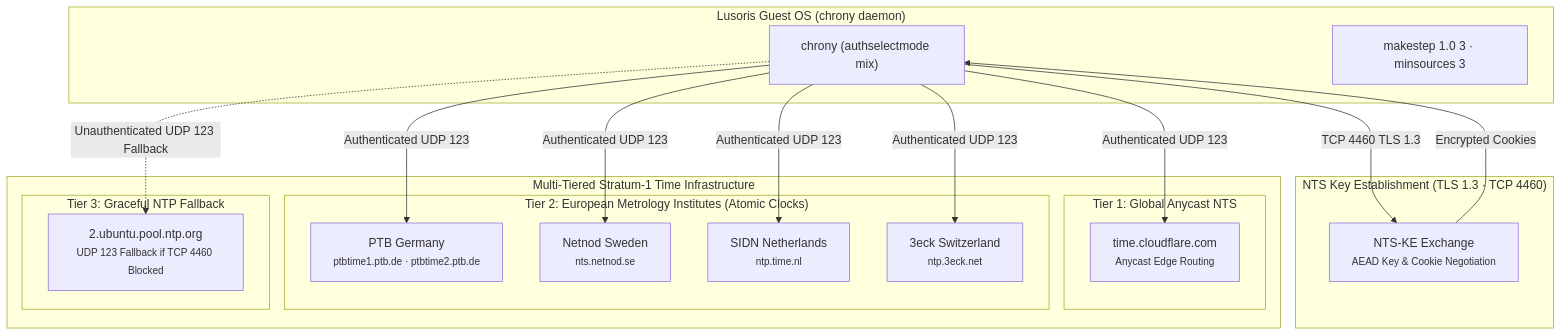
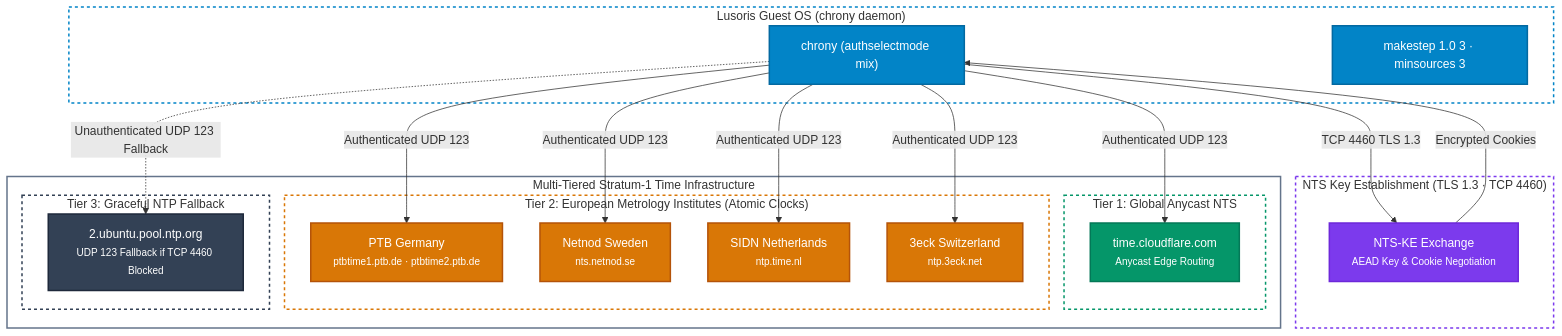
The diagram in docs/security/time-nts.md (lusoris/lusoris-cloud-images), drawn with Mermaid before and after one commit. The commit also changed 53 other files, not shown here.

First line of the commit message:
feat(agents): implement ai studio managed agents fleet, compliance pipeline, and diagram styling (#24)

````diff
--- a/docs/security/time-nts.md
+++ b/docs/security/time-nts.md
@@ -21,33 +21,47 @@
 ```mermaid
 flowchart TD
+    %% Semantic class definitions with vibrant, high-contrast jewel palettes
+    classDef client fill:#0284c7,stroke:#0369a1,stroke-width:2px,color:#ffffff
+    classDef ke fill:#7c3aed,stroke:#6d28d9,stroke-width:2px,color:#ffffff
+    classDef anycast fill:#059669,stroke:#047857,stroke-width:2px,color:#ffffff
+    classDef atomic fill:#d97706,stroke:#b45309,stroke-width:2px,color:#ffffff
+    classDef fallback fill:#334155,stroke:#1e293b,stroke-width:2px,color:#ffffff
+
     subgraph Client["Lusoris Guest OS (chrony daemon)"]
-        Chrony["chrony (authselectmode mix)"]
-        Step["makestep 1.0 3 · minsources 3"]
+        Chrony["chrony (authselectmode mix)"]:::client
+        Step["makestep 1.0 3 · minsources 3"]:::client
     end
 
     subgraph SecurityExchange["NTS Key Establishment (TLS 1.3 · TCP 4460)"]
-        KE["NTS-KE Exchange<br/><small>AEAD Key & Cookie Negotiation</small>"]
+        KE["NTS-KE Exchange<br/><small>AEAD Key & Cookie Negotiation</small>"]:::ke
     end
 
     subgraph TimeSources["Multi-Tiered Stratum-1 Time Infrastructure"]
         subgraph Tier1["Tier 1: Global Anycast NTS"]
-            CF["time.cloudflare.com<br/><small>Anycast Edge Routing</small>"]
+            CF["time.cloudflare.com<br/><small>Anycast Edge Routing</small>"]:::anycast
         end
 
         subgraph Tier2["Tier 2: European Metrology Institutes (Atomic Clocks)"]
-            PTB["PTB Germany<br/><small>ptbtime1.ptb.de · ptbtime2.ptb.de</small>"]
-            Netnod["Netnod Sweden<br/><small>nts.netnod.se</small>"]
-            SIDN["SIDN Netherlands<br/><small>ntp.time.nl</small>"]
-            Dreck["3eck Switzerland<br/><small>ntp.3eck.net</small>"]
+            PTB["PTB Germany<br/><small>ptbtime1.ptb.de · ptbtime2.ptb.de</small>"]:::atomic
+            Netnod["Netnod Sweden<br/><small>nts.netnod.se</small>"]:::atomic
+            SIDN["SIDN Netherlands<br/><small>ntp.time.nl</small>"]:::atomic
+            Dreck["3eck Switzerland<br/><small>ntp.3eck.net</small>"]:::atomic
         end
 
         subgraph Tier3["Tier 3: Graceful NTP Fallback"]
-            Pool["2.ubuntu.pool.ntp.org<br/><small>UDP 123 Fallback if TCP 4460 Blocked</small>"]
+            Pool["2.ubuntu.pool.ntp.org<br/><small>UDP 123 Fallback if TCP 4460 Blocked</small>"]:::fallback
         end
     end
 
     Chrony -->|TCP 4460 TLS 1.3| KE
     KE -->|Encrypted Cookies| Chrony
     Chrony -->|Authenticated UDP 123| CF & PTB & Netnod & SIDN & Dreck
     Chrony -.->|Unauthenticated UDP 123 Fallback| Pool
+
+    style Client fill:none,stroke:#0284c7,stroke-width:2px,stroke-dasharray: 4 4
+    style SecurityExchange fill:none,stroke:#7c3aed,stroke-width:2px,stroke-dasharray: 4 4
+    style TimeSources fill:none,stroke:#64748b,stroke-width:2px
+    style Tier1 fill:none,stroke:#059669,stroke-width:2px,stroke-dasharray: 4 4
+    style Tier2 fill:none,stroke:#d97706,stroke-width:2px,stroke-dasharray: 4 4
+    style Tier3 fill:none,stroke:#334155,stroke-width:2px,stroke-dasharray: 4 4
 ```
````
